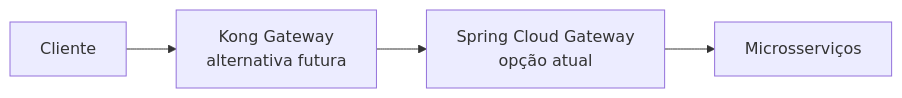
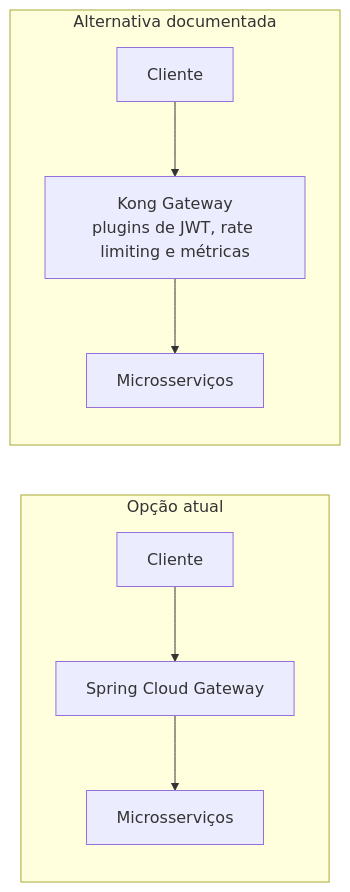
Diagram 54 of 57 in docs/ARCHITECTURE.md (Matheuscrz/ShopFlow), drawn with Mermaid before and after one commit. The commit also changed other lines of this file and 3 other files, not shown here.

````diff
--- a/docs/ARCHITECTURE.md
+++ b/docs/ARCHITECTURE.md
@@ -1787,6 +1965,9 @@
 ```mermaid
 flowchart LR
-    client["Cliente"] --> kong["Kong Gateway<br/>alternativa futura"]
-    kong --> spring["Spring Cloud Gateway<br/>opção atual"]
-    spring --> services["Microsserviços"]
+    subgraph atual["Opção atual"]
+        c1["Cliente"] --> scg["Spring Cloud Gateway"] --> s1["Microsserviços"]
+    end
+    subgraph alt["Alternativa documentada"]
+        c2["Cliente"] --> kong["Kong Gateway<br/>plugins de JWT, rate limiting e métricas"] --> s2["Microsserviços"]
+    end
 ```
````
